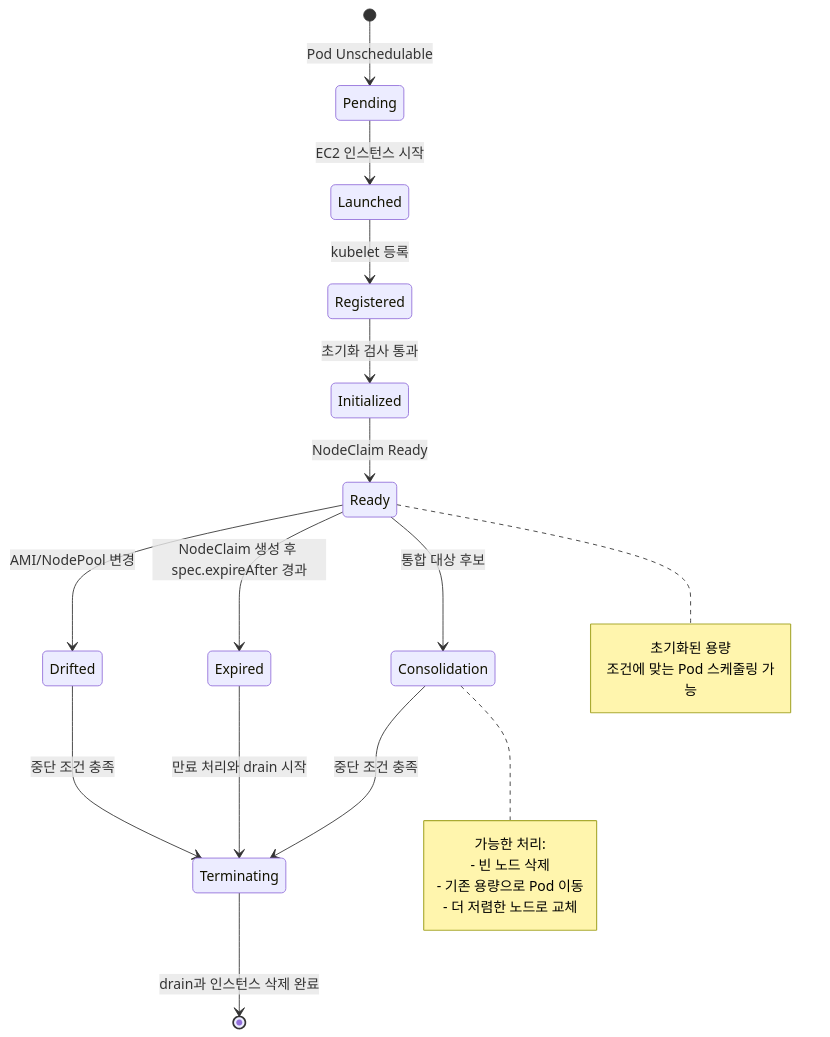
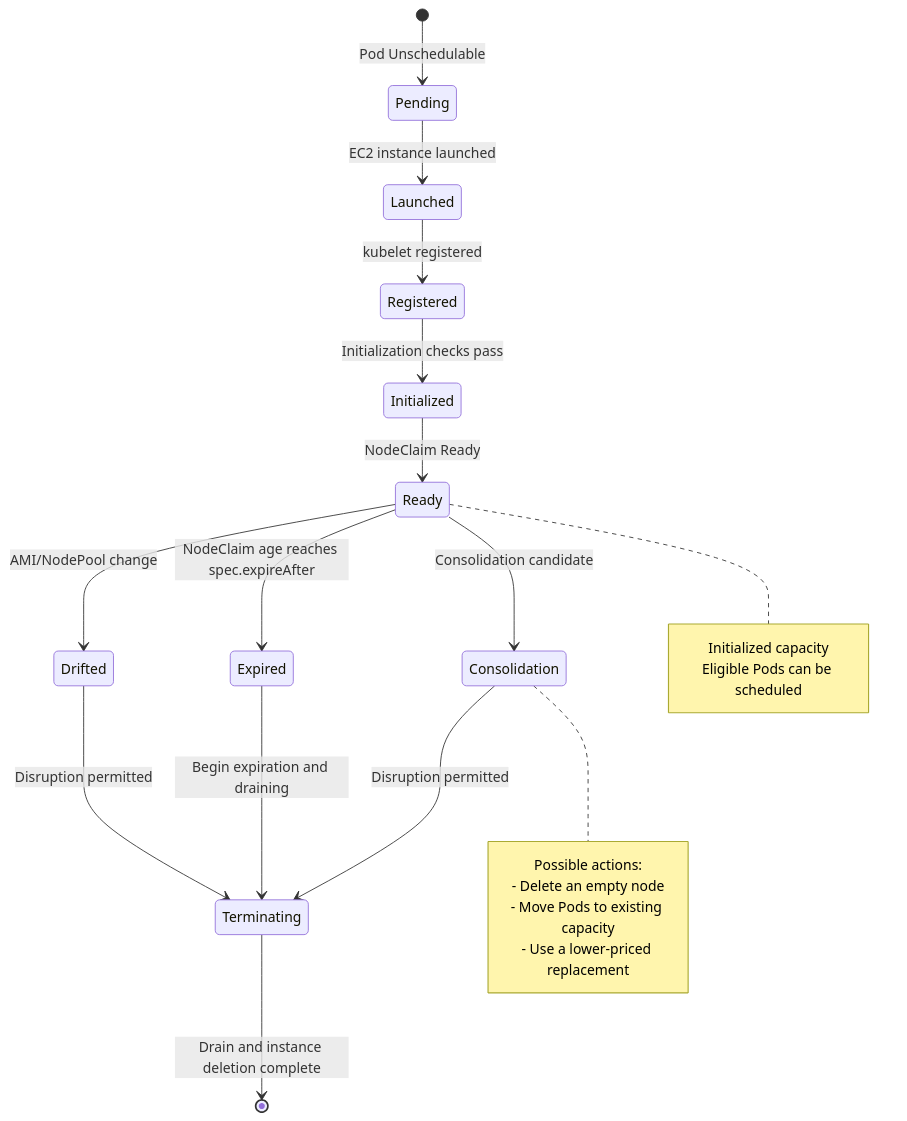
Before and after one commit to devfloor9/engineering-playbook: the first of 4 diagrams in docs/eks-best-practices/operations-reliability/eks-debugging/karpenter.md, drawn with Mermaid. The commit also changed other lines of this file and 954 other files, not shown here.

````diff
--- a/docs/eks-best-practices/operations-reliability/eks-debugging/karpenter.md
+++ b/docs/eks-best-practices/operations-reliability/eks-debugging/karpenter.md
@@ -33,30 +33,30 @@
 ```mermaid
 stateDiagram-v2
     [*] --> Pending: Pod Unschedulable
-    Pending --> Launched: EC2 인스턴스 시작
-    Launched --> Registered: kubelet 등록
-    Registered --> Initialized: 초기화 검사 통과
+    Pending --> Launched: EC2 instance launched
+    Launched --> Registered: kubelet registered
+    Registered --> Initialized: Initialization checks pass
     Initialized --> Ready: NodeClaim Ready
 
-    Ready --> Drifted: AMI/NodePool 변경
-    Ready --> Expired: NodeClaim 생성 후 spec.expireAfter 경과
-    Ready --> Consolidation: 통합 대상 후보
+    Ready --> Drifted: AMI/NodePool change
+    Ready --> Expired: NodeClaim age reaches spec.expireAfter
+    Ready --> Consolidation: Consolidation candidate
 
-    Drifted --> Terminating: 중단 조건 충족
-    Expired --> Terminating: 만료 처리와 drain 시작
-    Consolidation --> Terminating: 중단 조건 충족
+    Drifted --> Terminating: Disruption permitted
+    Expired --> Terminating: Begin expiration and draining
+    Consolidation --> Terminating: Disruption permitted
 
-    Terminating --> [*]: drain과 인스턴스 삭제 완료
+    Terminating --> [*]: Drain and instance deletion complete
 
     note right of Ready
-        초기화된 용량
-        조건에 맞는 Pod 스케줄링 가능
+        Initialized capacity
+        Eligible Pods can be scheduled
     end note
 
     note right of Consolidation
-        가능한 처리:
-        - 빈 노드 삭제
-        - 기존 용량으로 Pod 이동
-        - 더 저렴한 노드로 교체
+        Possible actions:
+        - Delete an empty node
+        - Move Pods to existing capacity
+        - Use a lower-priced replacement
     end note
 ```
````
